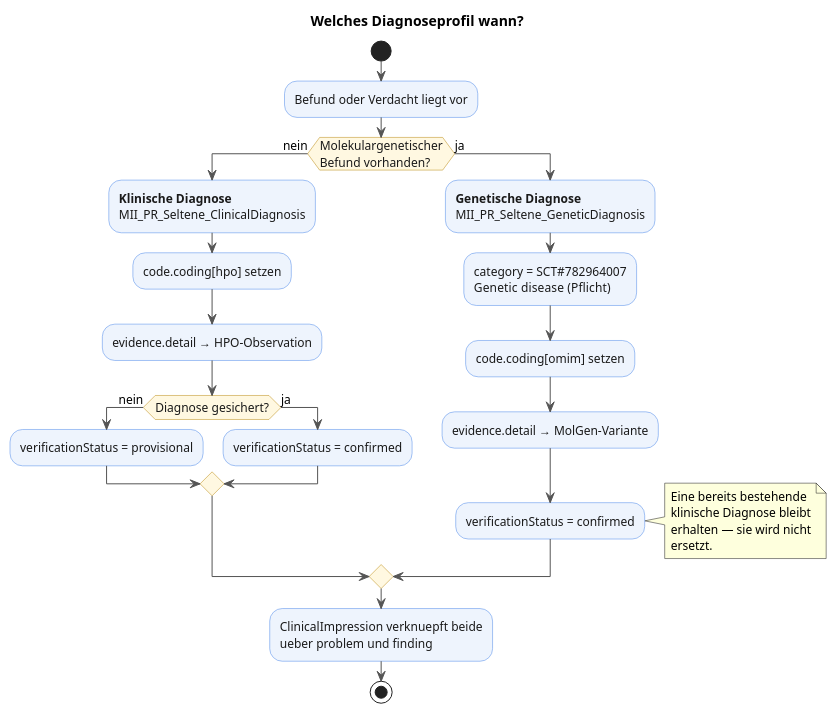
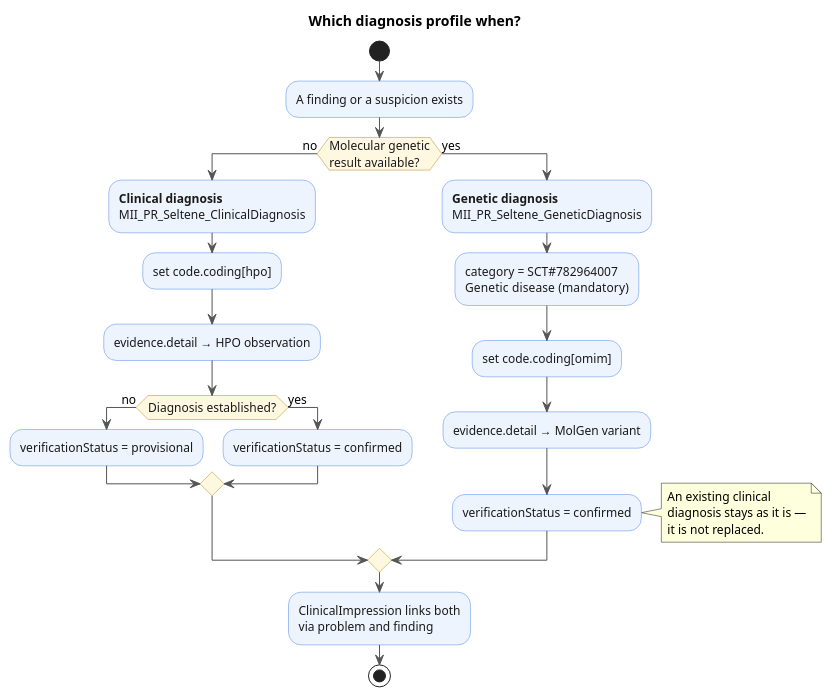
One commit to medizininformatik-initiative/kerndatensatzmodul-seltene-erkrankungen changed the diagram in input/images-source/diagnose-entscheidungsbaum.puml. Above: the diagram before and after it, drawn with PlantUML. The commit also changed 12 other files, not shown here.

First line of the commit message:
fix(images): Diagnose-Diagramme mit Umlauten und in beiden Sprachen

````diff
--- a/input/images-source/diagnose-entscheidungsbaum.puml
+++ b/input/images-source/diagnose-entscheidungsbaum.puml
@@ -1,52 +1,48 @@
 @startuml
-' Entscheidungsbaum: welches Diagnoseprofil wann.
-' Neu geschrieben 2026-09-02 — die vorherige Fassung lag als ```plantuml-Block
-' in der Seite, wurde vom Renderer NICHT als Diagramm erkannt (sie erschien als
-' roher Codeblock) und war ausserdem an einer note-Konstruktion syntaktisch
-' defekt. Jetzt als Aktivitaetsdiagramm, nach SVG gerendert und als Bild
-' eingebunden.
+' Decision tree: which diagnosis profile when — English rendering.
+' German twin: diagnose-entscheidungsbaum-de.puml (renders to …-de.svg).
+' See the header of diagnose-parallelmodell.puml for why the pair exists.
 skinparam backgroundColor transparent
 skinparam shadowing false
 skinparam defaultFontName Helvetica
 skinparam defaultFontSize 12
 skinparam ArrowColor #555555
 skinparam activity {
   BorderColor #4a86e8
   BackgroundColor #eef4fd
   DiamondBorderColor #b8860b
   DiamondBackgroundColor #fff8e1
   FontColor #1a1a1a
 }
 
-title Welches Diagnoseprofil wann?
+title Which diagnosis profile when?
 
 start
-:Befund oder Verdacht liegt vor;
+:A finding or a suspicion exists;
 
-if (Molekulargenetischer\nBefund vorhanden?) then (nein)
-  :**Klinische Diagnose**\nMII_PR_Seltene_ClinicalDiagnosis;
-  :code.coding[hpo] setzen;
-  :evidence.detail → HPO-Observation;
-  if (Diagnose gesichert?) then (nein)
+if (Molecular genetic\nresult available?) then (no)
+  :**Clinical diagnosis**\nMII_PR_Seltene_ClinicalDiagnosis;
+  :set code.coding[hpo];
+  :evidence.detail → HPO observation;
+  if (Diagnosis established?) then (no)
     :verificationStatus = provisional;
-  else (ja)
+  else (yes)
     :verificationStatus = confirmed;
   endif
-else (ja)
-  :**Genetische Diagnose**\nMII_PR_Seltene_GeneticDiagnosis;
-  :category = SCT#782964007\nGenetic disease  (Pflicht);
-  :code.coding[omim] setzen;
-  :evidence.detail → MolGen-Variante;
+else (yes)
+  :**Genetic diagnosis**\nMII_PR_Seltene_GeneticDiagnosis;
+  :category = SCT#782964007\nGenetic disease  (mandatory);
+  :set code.coding[omim];
+  :evidence.detail → MolGen variant;
   :verificationStatus = confirmed;
   note right
-    Eine bereits bestehende
-    klinische Diagnose bleibt
-    erhalten — sie wird nicht
-    ersetzt.
+    An existing clinical
+    diagnosis stays as it is —
+    it is not replaced.
   end note
 endif
 
-:ClinicalImpression verknuepft beide\nueber problem und finding;
+:ClinicalImpression links both\nvia problem and finding;
 stop
 
 @enduml
````
